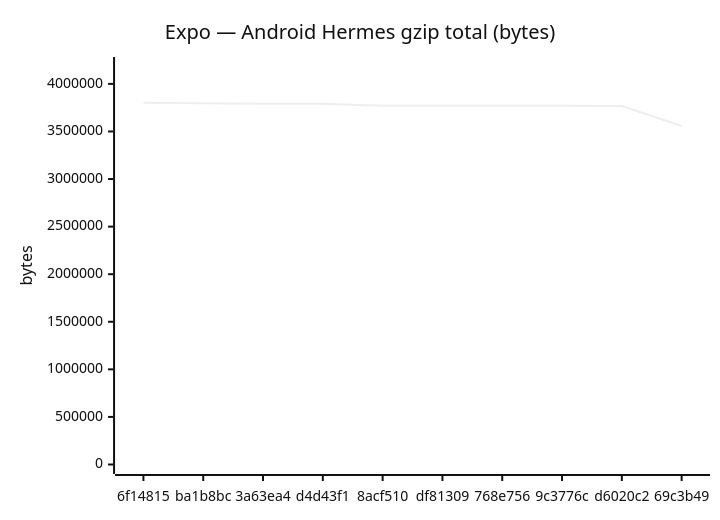
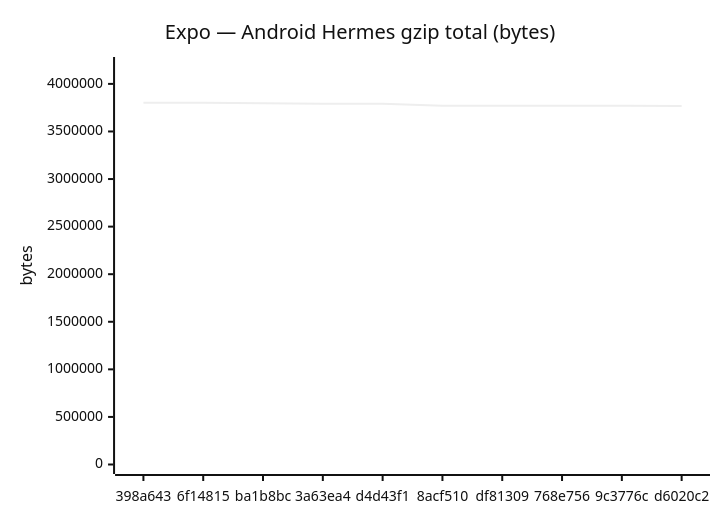
Before and after one commit to Metaheurist/Rianell: the fifth of 18 diagrams in benchmarks/compare.md, drawn with Mermaid (neutral theme). The commit also changed other lines of this file and 11 other files, not shown here.

````diff
--- a/benchmarks/compare.md
+++ b/benchmarks/compare.md
@@ -89,7 +89,7 @@
 ```mermaid
 xychart-beta
     title "Expo — Android Hermes gzip total (bytes)"
-    x-axis ["6f14815", "ba1b8bc", "3a63ea4", "d4d43f1", "8acf510", "df81309", "768e756", "9c3776c", "d6020c2", "69c3b49"]
-    y-axis "bytes" 0 --> 4182780
-    line [3802527, 3796378, 3791714, 3791716, 3770636, 3770634, 3771343, 3770634, 3767812, 3557908]
+    x-axis ["398a643", "6f14815", "ba1b8bc", "3a63ea4", "d4d43f1", "8acf510", "df81309", "768e756", "9c3776c", "d6020c2"]
+    y-axis "bytes" 0 --> 4182781
+    line [3802528, 3802527, 3796378, 3791714, 3791716, 3770636, 3770634, 3771343, 3770634, 3767812]
 ```
````
